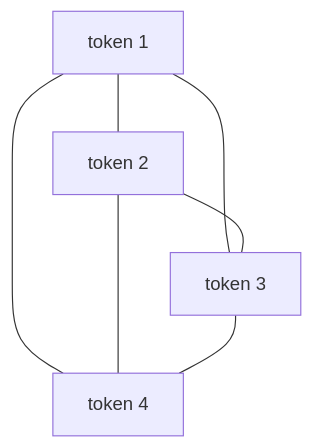
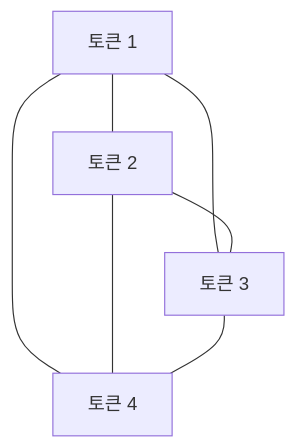
The diagram in docs/assets/part-05/chapter-13/self-attention-token-graph-ko.mmd (devchan64/AiBook), drawn with Mermaid before and after one commit. The commit also changed 79 other files, not shown here.

Commit message:
Refine part 5 support materials and part 6 tokenization flow

```diff
--- a/docs/assets/part-05/chapter-13/self-attention-token-graph-ko.mmd
+++ b/docs/assets/part-05/chapter-13/self-attention-token-graph-ko.mmd
@@ -1,12 +1,12 @@
 flowchart TD
-  A["token 1"]
-  B["token 2"]
-  C["token 3"]
-  D["token 4"]
+  A["토큰 1"]
+  B["토큰 2"]
+  C["토큰 3"]
+  D["토큰 4"]
 
   A --- B
   A --- C
   A --- D
   B --- C
   B --- D
   C --- D
```
